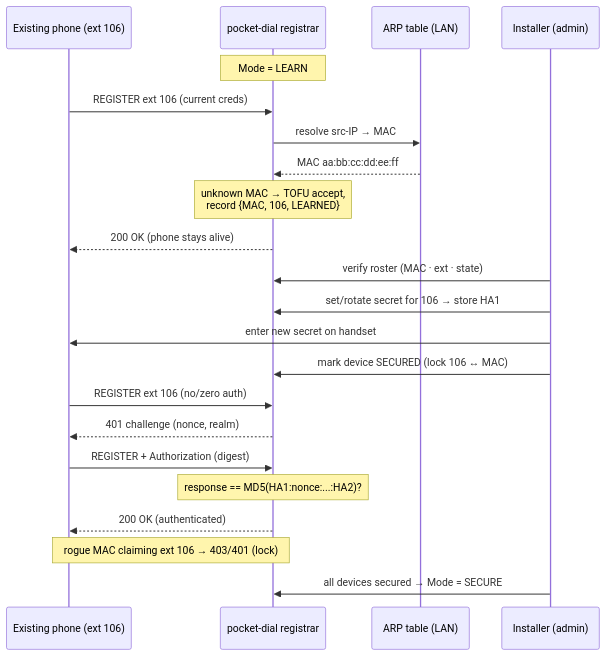
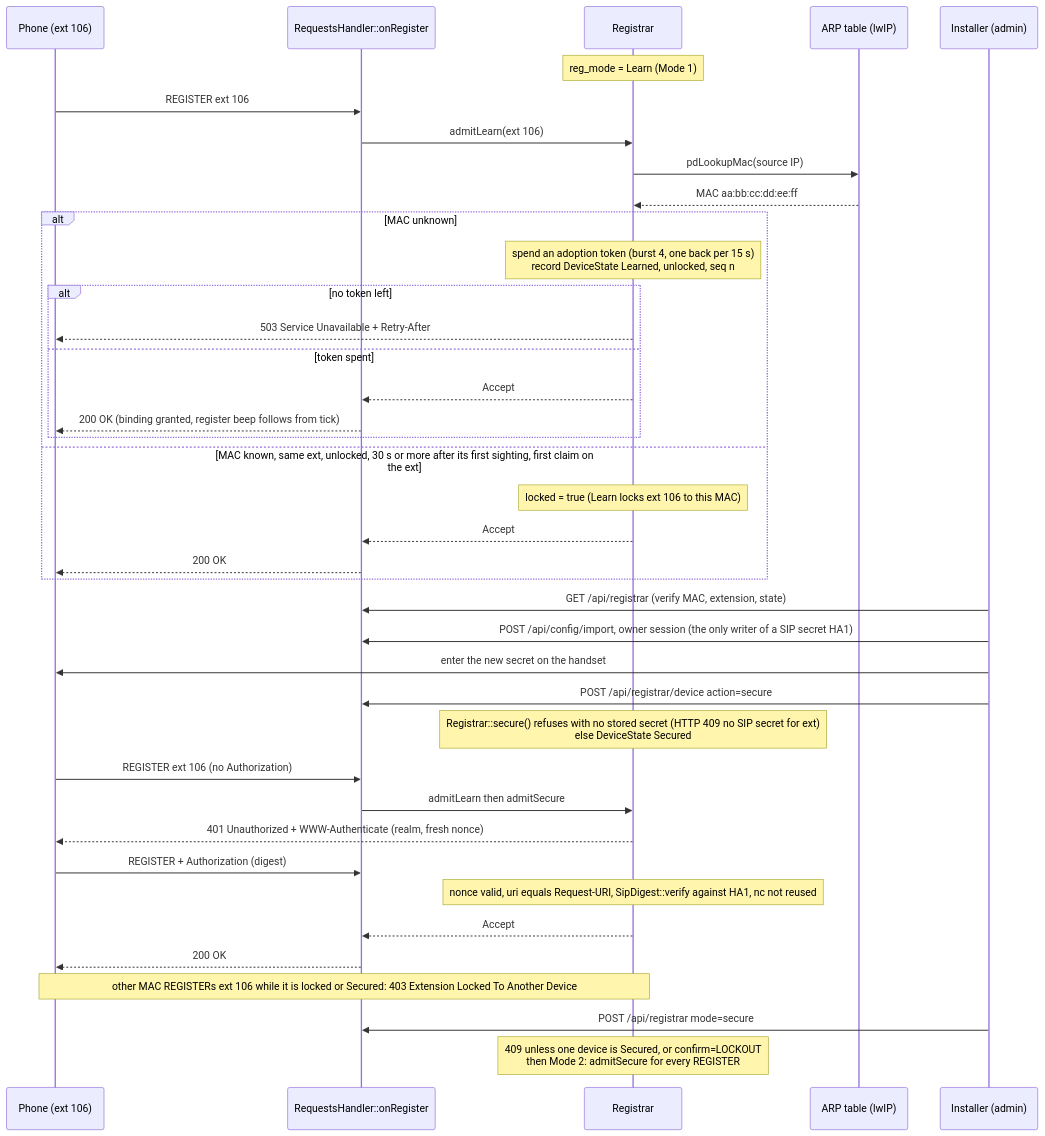
Before and after one commit to GlomarGadaffi/pocket-dial: the diagram in docs/LEARN_MODE.md, drawn with Mermaid. The commit also changed other lines of this file and 29 other files, not shown here.

First line of the commit message:
docs: make the Mermaid diagrams exact against main (#1105)

````diff
--- a/docs/LEARN_MODE.md
+++ b/docs/LEARN_MODE.md
@@ -164,25 +166,42 @@
 ```mermaid
 sequenceDiagram
-    participant P as Existing phone (ext 106)
-    participant PD as pocket-dial registrar
-    participant A as ARP table (LAN)
+    participant P as Phone (ext 106)
+    participant PD as RequestsHandler::onRegister
+    participant R as Registrar
+    participant A as ARP table (lwIP)
     participant OP as Installer (admin)
 
-    Note over PD: Mode = LEARN
-    P->>PD: REGISTER ext 106 (current creds)
-    PD->>A: resolve src-IP → MAC
-    A-->>PD: MAC aa:bb:cc:dd:ee:ff
-    Note over PD: unknown MAC → TOFU accept,<br/>record {MAC, 106, LEARNED}
-    PD-->>P: 200 OK  (phone stays alive)
-    OP->>PD: verify roster (MAC · ext · state)
-    OP->>PD: set/rotate secret for 106 → store HA1
-    OP->>P: enter new secret on handset
-    OP->>PD: mark device SECURED (lock 106 ↔ MAC)
-    P->>PD: REGISTER ext 106 (no/zero auth)
-    PD-->>P: 401 challenge (nonce, realm)
+    Note over R: reg_mode = Learn (Mode 1)
+    P->>PD: REGISTER ext 106
+    PD->>R: admitLearn(ext 106)
+    R->>A: pdLookupMac(source IP)
+    A-->>R: MAC aa:bb:cc:dd:ee:ff
+    alt MAC unknown
+        Note over R: spend an adoption token (burst 4, one back per 15 s)<br/>record DeviceState Learned, unlocked, seq n
+        alt no token left
+            R-->>P: 503 Service Unavailable + Retry-After
+        else token spent
+            R-->>PD: Accept
+            PD-->>P: 200 OK (binding granted, register beep follows from tick)
+        end
+    else MAC known, same ext, unlocked, 30 s or more after its first sighting, first claim on the ext
+        Note over R: locked = true (Learn locks ext 106 to this MAC)
+        R-->>PD: Accept
+        PD-->>P: 200 OK
+    end
+    OP->>PD: GET /api/registrar (verify MAC, extension, state)
+    OP->>PD: POST /api/config/import, owner session (the only writer of a SIP secret HA1)
+    OP->>P: enter the new secret on the handset
+    OP->>PD: POST /api/registrar/device action=secure
+    Note over R: Registrar::secure() refuses with no stored secret (HTTP 409 no SIP secret for ext)<br/>else DeviceState Secured
+    P->>PD: REGISTER ext 106 (no Authorization)
+    PD->>R: admitLearn then admitSecure
+    R-->>P: 401 Unauthorized + WWW-Authenticate (realm, fresh nonce)
     P->>PD: REGISTER + Authorization (digest)
-    Note over PD: response == MD5(HA1:nonce:...:HA2)?
-    PD-->>P: 200 OK  (authenticated)
-    Note over P,PD: rogue MAC claiming ext 106 → 403/401 (lock)
-    OP->>PD: all devices secured → Mode = SECURE
+    Note over R: nonce valid, uri equals Request-URI, SipDigest::verify against HA1, nc not reused
+    R-->>PD: Accept
+    PD-->>P: 200 OK
+    Note over P,R: other MAC REGISTERs ext 106 while it is locked or Secured: 403 Extension Locked To Another Device
+    OP->>PD: POST /api/registrar mode=secure
+    Note over R: 409 unless one device is Secured, or confirm=LOCKOUT<br/>then Mode 2: admitSecure for every REGISTER
 ```
````
